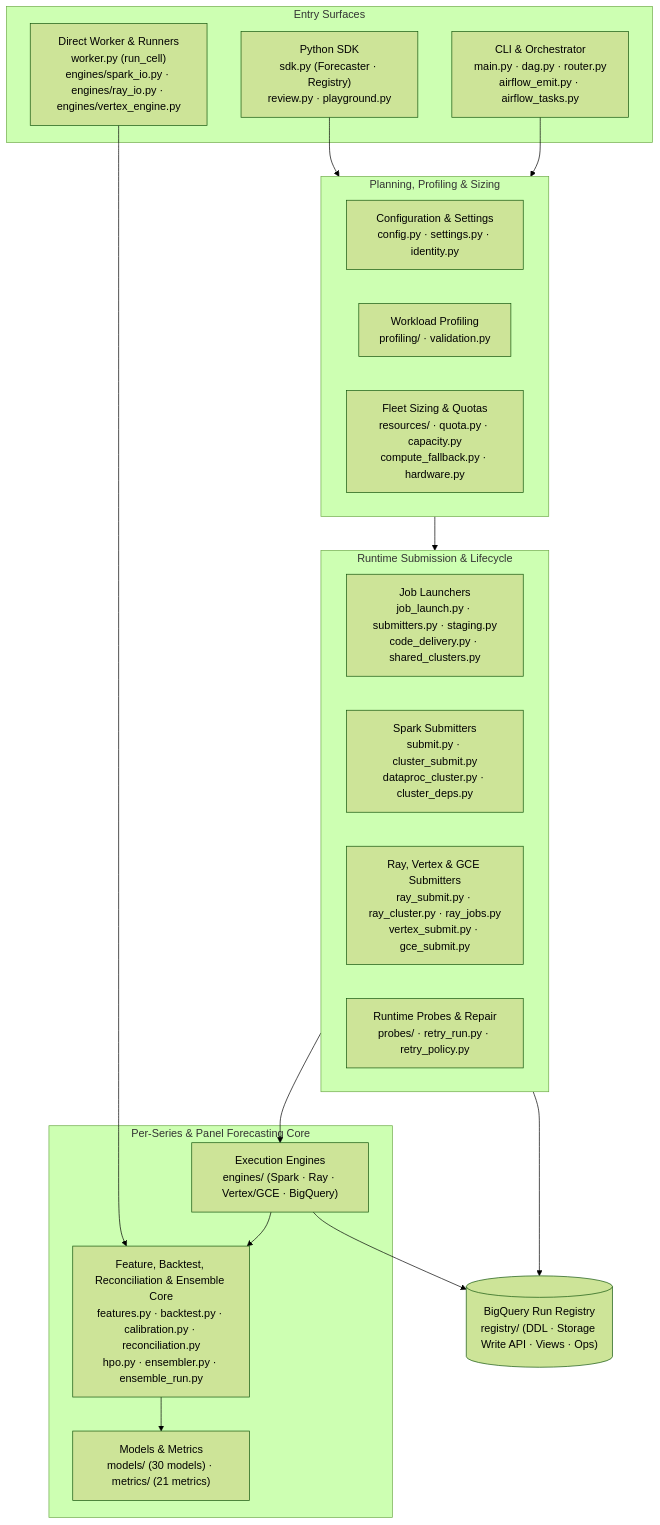
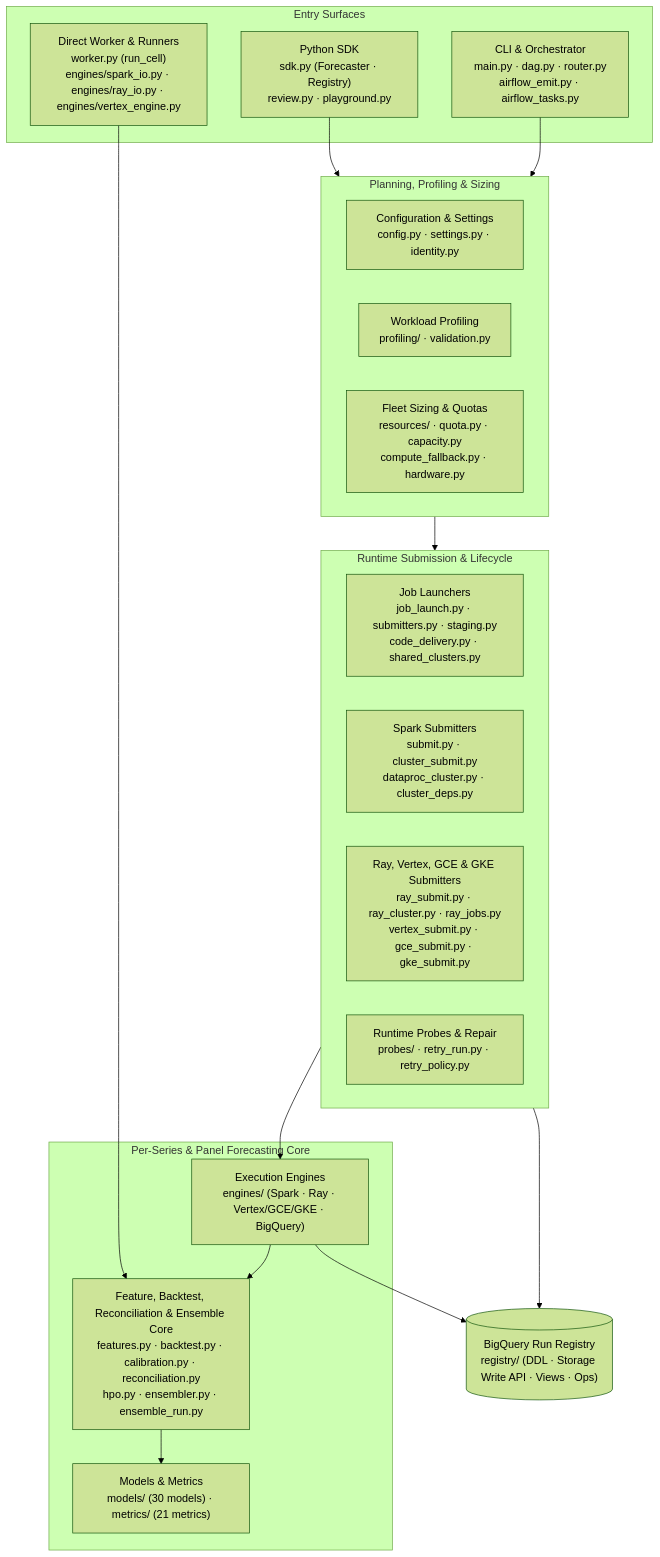
One commit to statmike/scale-forecasting changed the diagram in src/scale_forecasting/README.md. Above: the diagram before and after it, drawn with Mermaid (forest theme). The commit also changed other lines of this file and 59 other files, not shown here.

Commit message:
feat(gke): add Google Kubernetes Engine (gke) runtime, Indexed Jobs, Ray-on-GKE, per-pod GPU scale-down, and runtimes reference

````diff
--- a/src/scale_forecasting/README.md
+++ b/src/scale_forecasting/README.md
@@ -7,36 +7,36 @@
 ```mermaid
 flowchart TB
     subgraph entry["Entry Surfaces"]
         sdk["Python SDK<br/>sdk.py (Forecaster · Registry)<br/>review.py · playground.py"]
         cli["CLI & Orchestrator<br/>main.py · dag.py · router.py<br/>airflow_emit.py · airflow_tasks.py"]
         direct["Direct Worker & Runners<br/>worker.py (run_cell)<br/>engines/spark_io.py · engines/ray_io.py · engines/vertex_engine.py"]
     end
 
     subgraph plan["Planning, Profiling & Sizing"]
         cfg["Configuration & Settings<br/>config.py · settings.py · identity.py"]
         prof["Workload Profiling<br/>profiling/ · validation.py"]
         res["Fleet Sizing & Quotas<br/>resources/ · quota.py · capacity.py<br/>compute_fallback.py · hardware.py"]
     end
 
     subgraph submit["Runtime Submission & Lifecycle"]
         sub["Job Launchers<br/>job_launch.py · submitters.py · staging.py<br/>code_delivery.py · shared_clusters.py"]
         spark_sub["Spark Submitters<br/>submit.py · cluster_submit.py<br/>dataproc_cluster.py · cluster_deps.py"]
-        ray_sub["Ray, Vertex & GCE Submitters<br/>ray_submit.py · ray_cluster.py · ray_jobs.py<br/>vertex_submit.py · gce_submit.py"]
+        ray_sub["Ray, Vertex, GCE & GKE Submitters<br/>ray_submit.py · ray_cluster.py · ray_jobs.py<br/>vertex_submit.py · gce_submit.py · gke_submit.py"]
         probes["Runtime Probes & Repair<br/>probes/ · retry_run.py · retry_policy.py"]
     end
 
     subgraph core["Per-Series & Panel Forecasting Core"]
-        eng["Execution Engines<br/>engines/ (Spark · Ray · Vertex/GCE · BigQuery)"]
+        eng["Execution Engines<br/>engines/ (Spark · Ray · Vertex/GCE/GKE · BigQuery)"]
         wf["Feature, Backtest, Reconciliation & Ensemble Core<br/>features.py · backtest.py · calibration.py · reconciliation.py<br/>hpo.py · ensembler.py · ensemble_run.py"]
         mod["Models & Metrics<br/>models/ (30 models) · metrics/ (21 metrics)"]
     end
 
     reg[("BigQuery Run Registry<br/>registry/ (DDL · Storage Write API · Views · Ops)")]
 
     sdk & cli --> plan
     plan --> submit
     submit --> eng
     direct --> wf
     eng --> wf --> mod
     eng & submit --> reg
 ```
````
